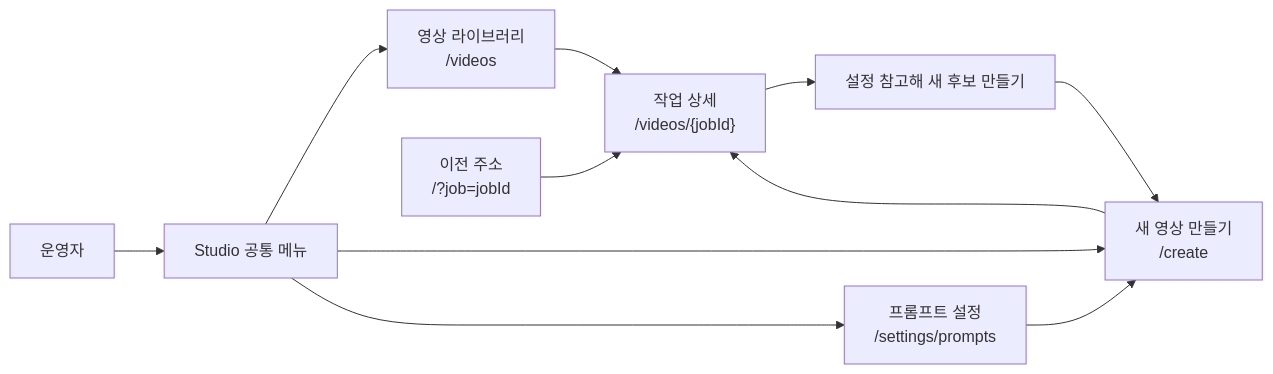
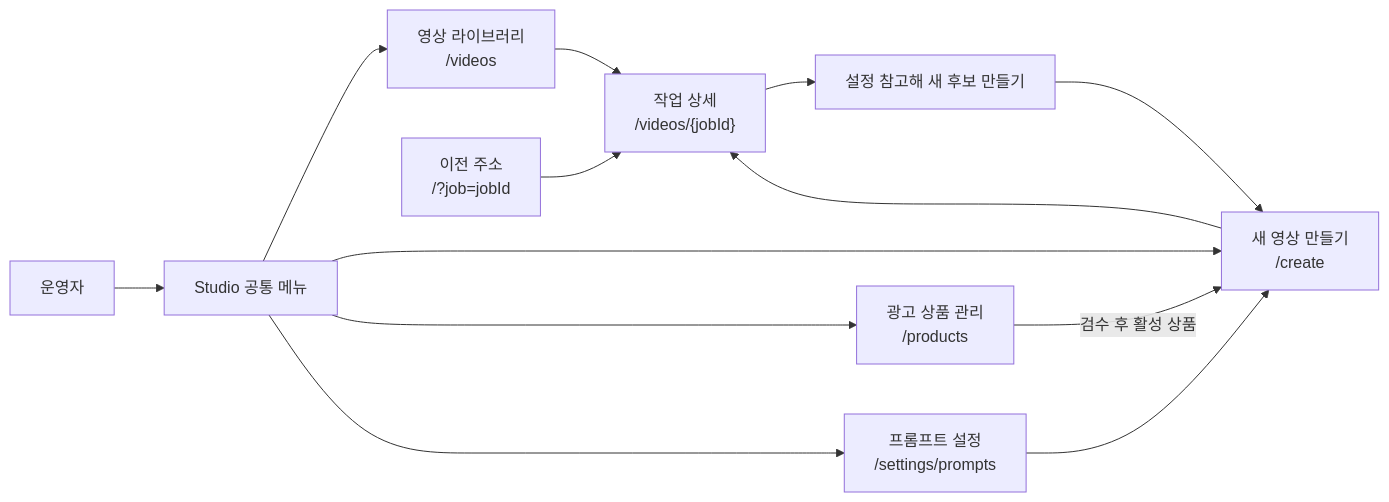
The first of 10 diagrams in docs/service-user-guide.ko.md (qdot-ai-reels/frontend), drawn with Mermaid before and after one commit. The commit also changed other lines of this file and 21 other files, not shown here.

```diff
--- a/docs/service-user-guide.ko.md
+++ b/docs/service-user-guide.ko.md
@@ -65,15 +67,17 @@
 ~~~mermaid
 flowchart LR
     U["운영자"] --> NAV["Studio 공통 메뉴"]
     NAV --> LIB["영상 라이브러리<br/>/videos"]
     NAV --> CREATE["새 영상 만들기<br/>/create"]
+    NAV --> PRODUCT["광고 상품 관리<br/>/products"]
     NAV --> PROMPT["프롬프트 설정<br/>/settings/prompts"]
 
     LIB --> DETAIL["작업 상세<br/>/videos/{jobId}"]
     CREATE --> DETAIL
     DETAIL --> COPY["설정 참고해 새 후보 만들기"]
     COPY --> CREATE
+    PRODUCT -->|"검수 후 활성 상품"| CREATE
     PROMPT --> CREATE
 
     LEGACY["이전 주소<br/>/?job=jobId"] --> DETAIL
 ~~~
```
